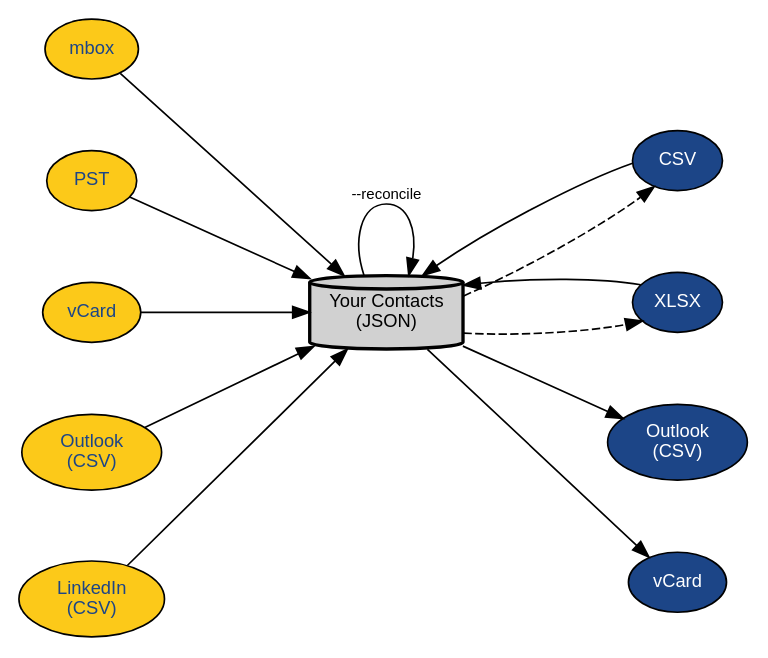
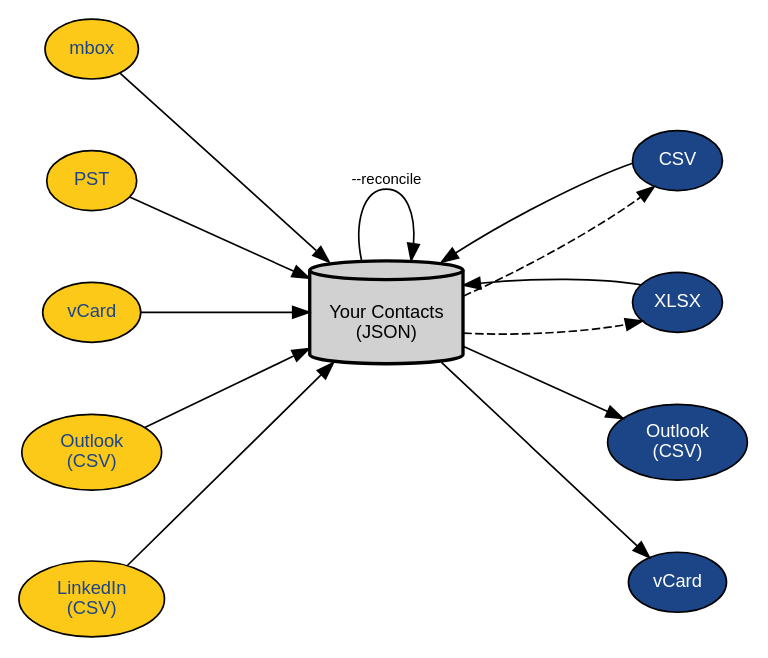
One commit to aolofsson/mailcompiler changed the diagram in docs/mc_arch.dot. Above: the diagram before and after it, drawn with Graphviz. The commit also changed 2 other files, not shown here.

```diff
--- a/docs/mc_arch.dot
+++ b/docs/mc_arch.dot
@@ -1,64 +1,64 @@
 // mailcompiler: all conversions to and from the native JSON contacts database.
 //
 // JSON is the native store. Mailboxes / vCard / Outlook / LinkedIn import INTO
 // it; csv/xlsx/outlook/vcard are export VIEWS out of it. csv and xlsx double as
 // interchangeable native DB layouts.
 //
 // Render:  ./docs/build_docs.sh
 //          (or: dot -Tsvg docs/mc_arch.dot -o docs/mc_arch.svg)
 
 digraph mailcompiler_conversions {
     rankdir=LR;
     fontname="Helvetica";
     // even vertical spread within each column, wide gap between columns
     nodesep=0.6;
     ranksep=1.2;
     node [fontname="Helvetica", style=filled, fontsize=11];
     edge [fontname="Helvetica", fontsize=9];
 
     // Two-tone palette taken from the header logo (docs/postverket):
     //   yellow = inputs (left), blue = outputs (right), grey = the JSON DB.
 
     // --- the native database (grey, center) ------------------------------
-    json [label="Your Contacts\n (JSON)",
+    json [label="\nYour Contacts\n (JSON)",
           shape=cylinder, fillcolor="#d1d1d1", penwidth=2];
 
     // --- import sources (yellow, left) -----------------------------------
     node [shape=ellipse, fillcolor="#FCC919", fontcolor="#1C4587"];
     mbox     [label="mbox"];
     pst      [label="PST"];
     vcf_in   [label="vCard"];
     olk_in   [label="Outlook\n(CSV)"];
     li_in    [label="LinkedIn\n(CSV)"];
 
     // --- native layouts (read/write) + export targets (blue, right) ------
     node [shape=ellipse, fillcolor="#1C4587", fontcolor="white"];
     csv_db   [label="CSV\n"];
     xlsx_db  [label="XLSX\n"];
     olk_out  [label="Outlook\n(CSV)"];
     vcf_out  [label="vCard"];
 
     // === imports: build/merge contacts into the DB =======================
     mbox   -> json;
     pst    -> json;
     vcf_in -> json;
     olk_in -> json;
     li_in  -> json;
 
     // === native layouts fold in / round-trip =============================
     csv_db  -> json;
     xlsx_db -> json;
     json    -> csv_db  [style=dashed];
     json    -> xlsx_db [style=dashed];
 
     // === reconcile + merge (json -> json, in place) ======================
     json -> json [label="--reconcile"];
 
     // === exports: filtered views out of the DB ===========================
     json -> olk_out;
     json -> vcf_out;
 
     // layout grouping: one aligned column per side
     { rank=same; mbox; pst; vcf_in; olk_in; li_in; }
     { rank=same; csv_db; xlsx_db; olk_out; vcf_out; }
 }
```
